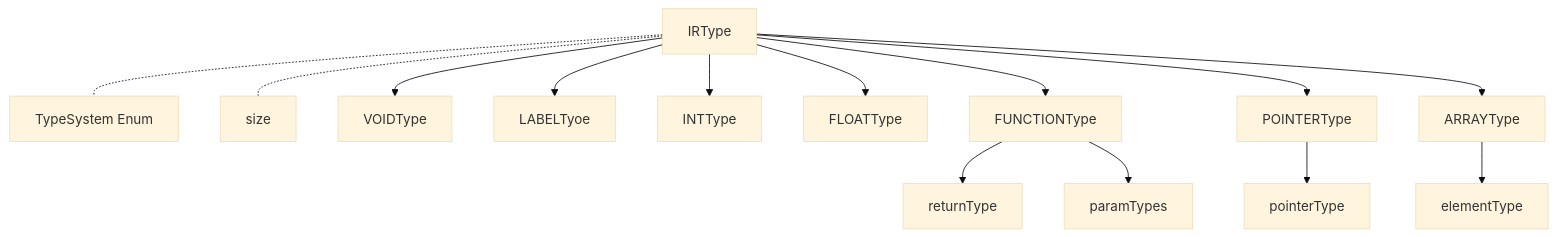
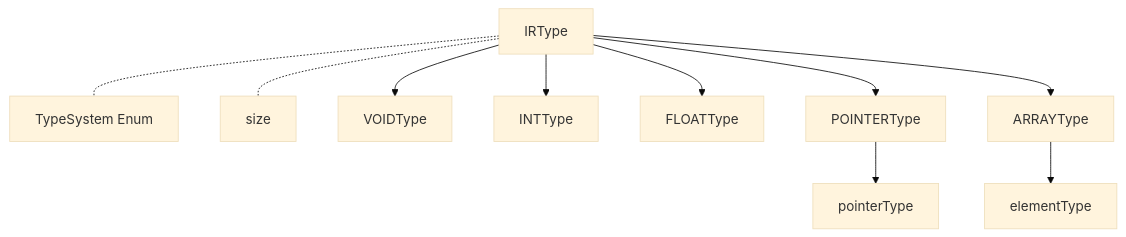
The tenth of 34 diagrams in Compiler/doc/DOCS.md (lyjy051219/SysYCompiler), drawn with Mermaid (base theme) before and after one commit. The commit also changed other lines of this file and 85 other files, not shown here.

````diff
--- a/Compiler/doc/DOCS.md
+++ b/Compiler/doc/DOCS.md
@@ -303,16 +304,12 @@
   ```mermaid
   graph TD
   	N1[IRType] -.- N2[TypeSystem Enum]
   	N1[IRType] -.- N3[size]
   	N1[IRType] --> N4[VOIDType]
-  	N1[IRType] --> N5[LABELTyoe]
   	N1[IRType] --> N6[INTType]
   	N1[IRType] --> N10[FLOATType]
-  	N1[IRType] --> N11[FUNCTIONType]
-  	N11[FUNCTIONType] --> N12[returnType]
-  	N11[FUNCTIONType] --> N13[paramTypes]
   	N1[IRType] --> N14[POINTERType]
   	N14[POINTERType] --> N15[pointerType]
   	N1[IRType] --> N16[ARRAYType]
   	N16[ARRAYType] --> N17[elementType]
   ```
````
